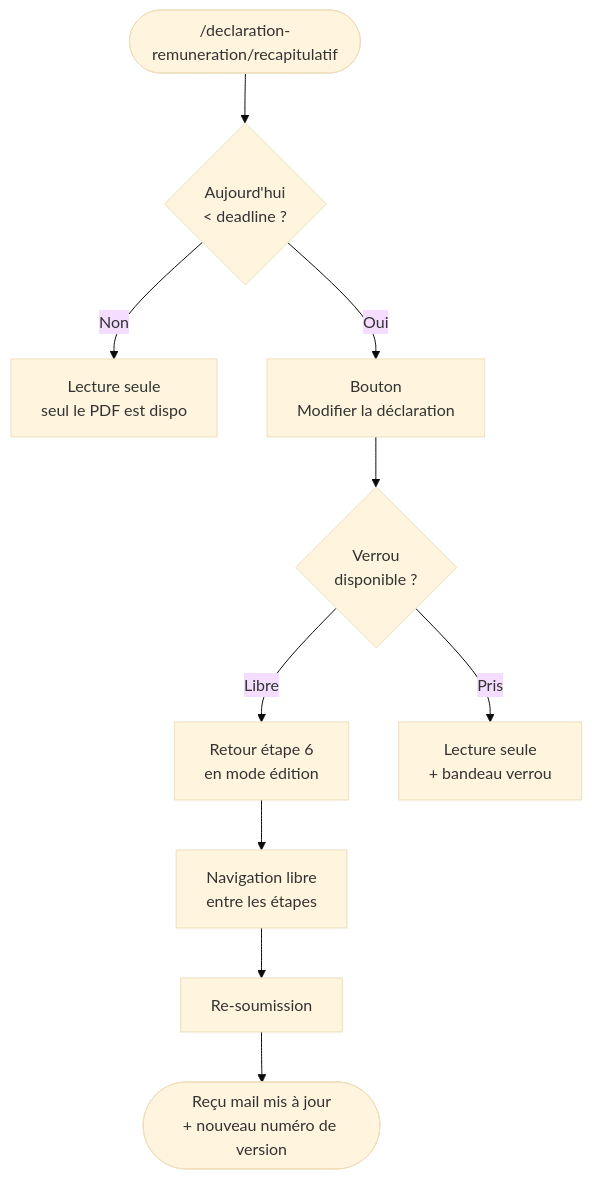
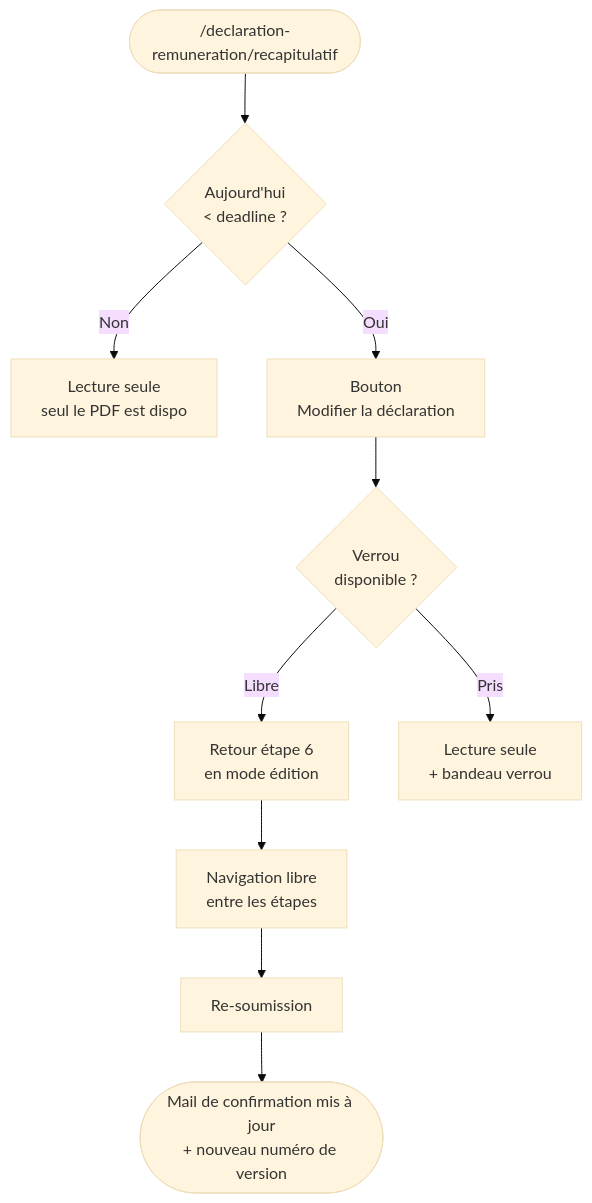
The fifth of 11 diagrams in docs/parcours-utilisateurs.md (SocialGouv/egapro), drawn with Mermaid (base theme) before and after one commit. The commit also changed other lines of this file and 2 other files, not shown here.

````diff
--- a/docs/parcours-utilisateurs.md
+++ b/docs/parcours-utilisateurs.md
@@ -254,12 +257,12 @@
 ```mermaid
 flowchart TD
     A([/declaration-remuneration/recapitulatif]) --> B{Aujourd'hui<br/>< deadline ?}
     B -->|Non| C[Lecture seule<br/>seul le PDF est dispo]
     B -->|Oui| D[Bouton<br/>Modifier la déclaration]
     D --> LockCheck{Verrou<br/>disponible ?}
     LockCheck -->|Libre| E[Retour étape 6<br/>en mode édition]
     LockCheck -->|Pris| E2[Lecture seule<br/>+ bandeau verrou]
     E --> F[Navigation libre<br/>entre les étapes]
     F --> G[Re-soumission]
-    G --> H([Reçu mail mis à jour<br/>+ nouveau numéro de version])
+    G --> H([Mail de confirmation mis à jour<br/>+ nouveau numéro de version])
 ```
````
